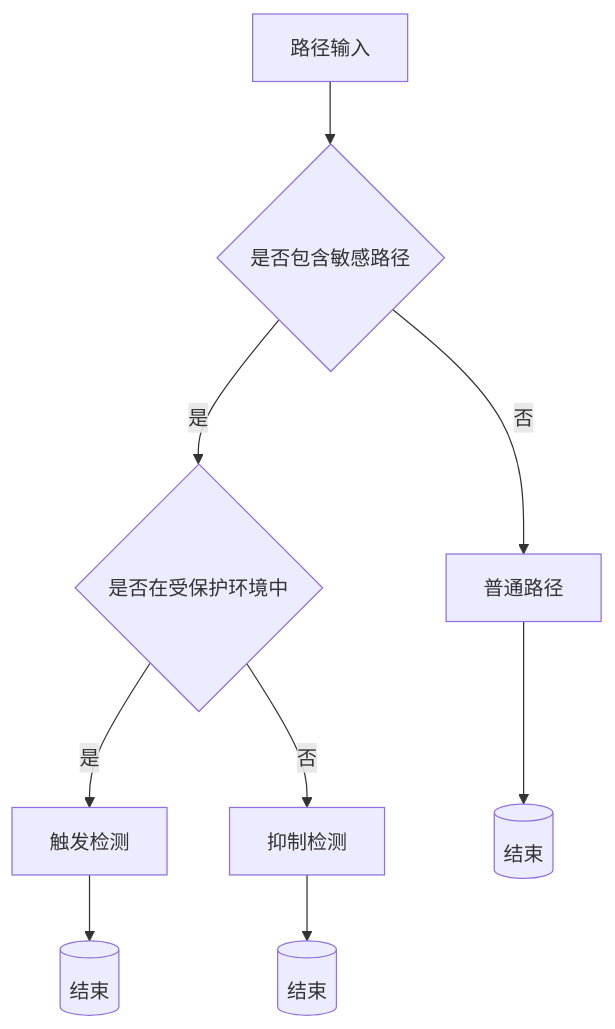
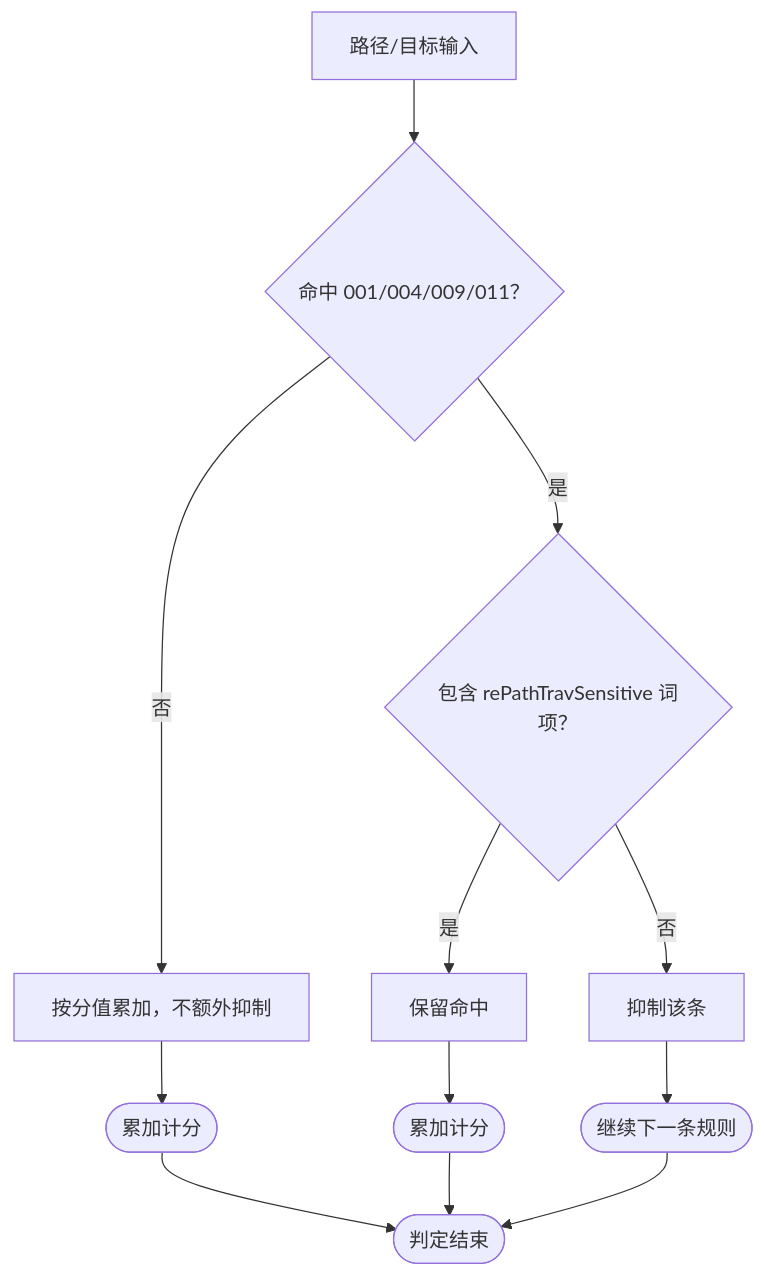
The ninth of 12 diagrams in docs/安全防护功能/OWASP 检测/基本 OWASP 规则.md (x01n/My-OpenWaf), drawn with Mermaid before and after one commit. The commit also changed other lines of this file and 622 other files, not shown here.

````diff
--- a/docs/安全防护功能/OWASP 检测/基本 OWASP 规则.md
+++ b/docs/安全防护功能/OWASP 检测/基本 OWASP 规则.md
@@ -505,11 +552,14 @@
 ```mermaid
 flowchart TD
-PathInput["路径输入"] --> CheckSensitive{"是否包含敏感路径"}
-CheckSensitive --> |否| NormalPath["普通路径"]
-CheckSensitive --> |是| CheckContext{"是否在受保护环境中"}
-CheckContext --> |是| Trigger["触发检测"]
-CheckContext --> |否| Suppress["抑制检测"]
-NormalPath --> End1[("结束")]
-Trigger --> End2[("结束")]
-Suppress --> End3[("结束")]
+PathInput["路径/目标输入"] --> Rule{"命中 001/004/009/011？"}
+Rule --> |否| Keep["按分值累加，不额外抑制"]
+Rule --> |是| Sensitive{"包含 rePathTravSensitive 词项？"}
+Sensitive --> |是| Trigger["保留命中"]
+Sensitive --> |否| Suppress["抑制该条"]
+Suppress --> End3([继续下一条规则])
+Keep --> End1([累加计分])
+Trigger --> End2([累加计分])
+End3 --> Done([判定结束])
+End1 --> Done
+End2 --> Done
 ```
````
